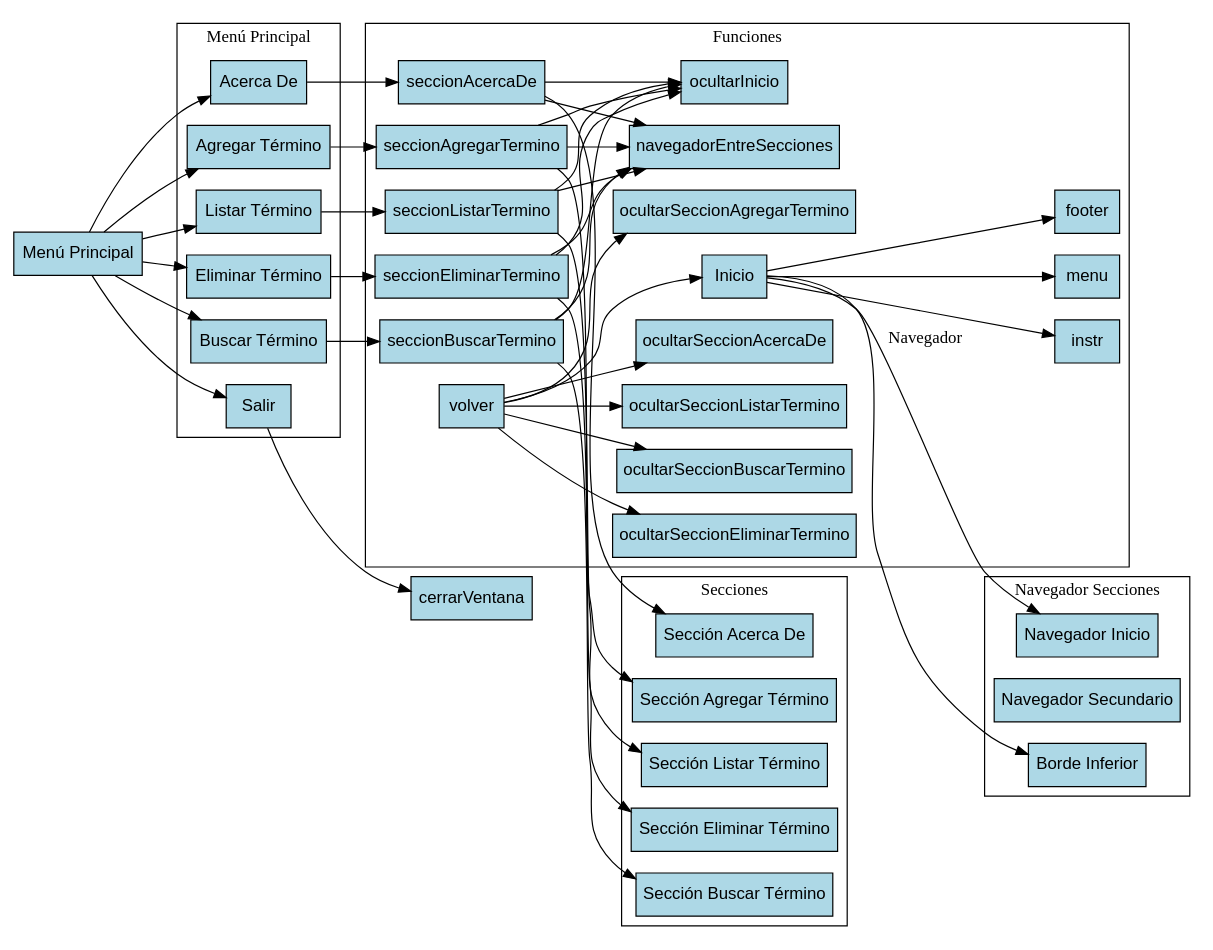
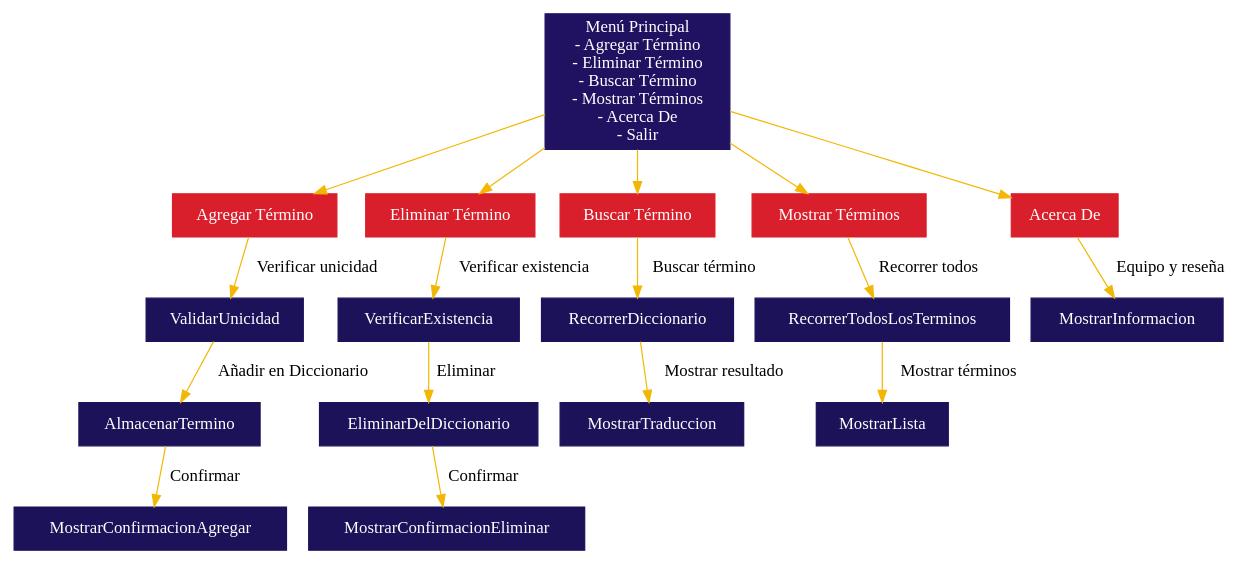
One commit to Panconhu3vo/Ejercicio-Integrado changed the diagram in graphs/Diagramas ui/DiagramaGui.dot. Above: the diagram before and after it, drawn with Graphviz. The commit also changed 5 other files, not shown here.

```diff
--- a/graphs/Diagramas ui/DiagramaGui.dot
+++ b/graphs/Diagramas ui/DiagramaGui.dot
@@ -1,73 +1,43 @@
-digraph DiccionarioDelProgramador {
-    rankdir=LR;
-    node [shape=rectangle, style=filled, fillcolor=lightblue, fontname="Arial"];
+digraph DiccionarioProgramador {
+    // Definir colores y estilos de nodos
+    node [shape=box, style=filled, color="#1B1259", fontcolor=white];
+    edge [color="#F2B705"];
+
+    // Sección principal del menú
+    MenuPrincipal [label="Menú Principal\n- Agregar Término\n- Eliminar Término\n- Buscar Término\n- Mostrar Términos\n- Acerca De\n- Salir", color="#201161"];
     
-    subgraph cluster_MenuPrincipal {
-        label = "Menú Principal";
-        btnAgregarT [label="Agregar Término"];
-        btnEliminarT [label="Eliminar Término"];
-        btnBuscarT [label="Buscar Término"];
-        btnListarT [label="Listar Término"];
-        btnAcercaDe [label="Acerca De"];
-        btnSalir [label="Salir"];
-    }
+    // Funcionalidades del menú
+    AgregarTermino [label="Agregar Término", color="#d91f2b"];
+    EliminarTermino [label="Eliminar Término", color="#d91f2b"];
+    BuscarTermino [label="Buscar Término", color="#d91f2b"];
+    MostrarTerminos [label="Mostrar Términos", color="#d91f2b"];
+    AcercaDe [label="Acerca De", color="#d91f2b"];
 
-    subgraph cluster_Secciones {
-        label = "Secciones";
-        agregarTermino [label="Sección Agregar Término"];
-        eliminarTermino [label="Sección Eliminar Término"];
-        buscarTermino [label="Sección Buscar Término"];
-        listarTermino [label="Sección Listar Término"];
-        acercaDe [label="Sección Acerca De"];
-    }
+    // Relaciones de Menú Principal
+    MenuPrincipal -> AgregarTermino;
+    MenuPrincipal -> EliminarTermino;
+    MenuPrincipal -> BuscarTermino;
+    MenuPrincipal -> MostrarTerminos;
+    MenuPrincipal -> AcercaDe;
 
-    subgraph cluster_Navegador {
-        label = "Navegador Secciones";
-        nav [label="Navegador Inicio"];
-        nav2 [label="Navegador Secundario"];
-        bordeInf [label="Borde Inferior"];
-    }
+    // Agregar Término proceso
+    AgregarTermino -> ValidarUnicidad [label="Verificar unicidad"];
+    ValidarUnicidad -> AlmacenarTermino [label="Añadir en Diccionario"];
+    AlmacenarTermino -> MostrarConfirmacionAgregar [label="Confirmar"];
 
-    subgraph cluster_Funciones {
-        label = "Funciones";
-        Inicio -> nav [label="Navegador"];
-        Inicio -> bordeInf;
-        Inicio -> instr;
-        Inicio -> menu;
-        Inicio -> footer;
+    // Eliminar Término proceso
+    EliminarTermino -> VerificarExistencia [label="Verificar existencia"];
+    VerificarExistencia -> EliminarDelDiccionario [label="Eliminar"];
+    EliminarDelDiccionario -> MostrarConfirmacionEliminar [label="Confirmar"];
 
-        seccionAgregarTermino -> ocultarInicio;
-        seccionAgregarTermino -> navegadorEntreSecciones;
-        seccionAgregarTermino -> agregarTermino;
+    // Buscar Término proceso
+    BuscarTermino -> RecorrerDiccionario [label="Buscar término"];
+    RecorrerDiccionario -> MostrarTraduccion [label="Mostrar resultado"];
 
-        seccionEliminarTermino -> ocultarInicio;
-        seccionEliminarTermino -> navegadorEntreSecciones;
-        seccionEliminarTermino -> eliminarTermino;
+    // Mostrar Términos proceso
+    MostrarTerminos -> RecorrerTodosLosTerminos [label="Recorrer todos"];
+    RecorrerTodosLosTerminos -> MostrarLista [label="Mostrar términos"];
 
-        seccionBuscarTermino -> ocultarInicio;
-        seccionBuscarTermino -> navegadorEntreSecciones;
-        seccionBuscarTermino -> buscarTermino;
-
-        seccionListarTermino -> ocultarInicio;
-        seccionListarTermino -> navegadorEntreSecciones;
-        seccionListarTermino -> listarTermino;
-
-        seccionAcercaDe -> ocultarInicio;
-        seccionAcercaDe -> navegadorEntreSecciones;
-        seccionAcercaDe -> acercaDe;
-        
-        volver -> ocultarSeccionAgregarTermino;
-        volver -> ocultarSeccionEliminarTermino;
-        volver -> ocultarSeccionBuscarTermino;
-        volver -> ocultarSeccionListarTermino;
-        volver -> ocultarSeccionAcercaDe;
-        volver -> Inicio;
-    }
-
-    "Menú Principal" -> btnAgregarT -> seccionAgregarTermino;
-    "Menú Principal" -> btnEliminarT -> seccionEliminarTermino;
-    "Menú Principal" -> btnBuscarT -> seccionBuscarTermino;
-    "Menú Principal" -> btnListarT -> seccionListarTermino;
-    "Menú Principal" -> btnAcercaDe -> seccionAcercaDe;
-    "Menú Principal" -> btnSalir -> cerrarVentana;
+    // Acerca De
+    AcercaDe -> MostrarInformacion [label="Equipo y reseña"];
 }
```
